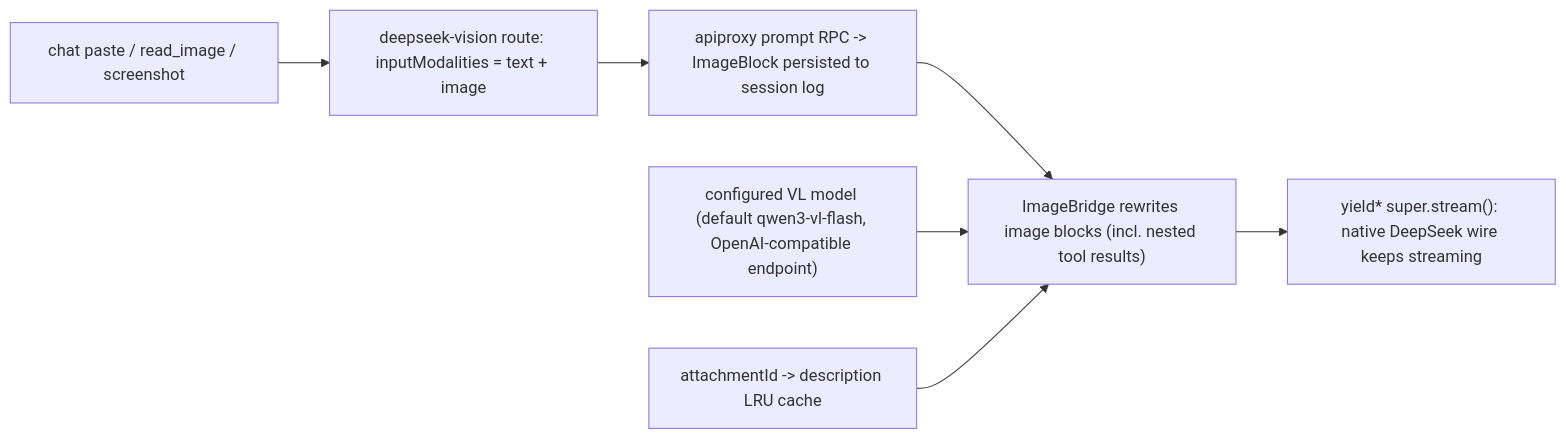
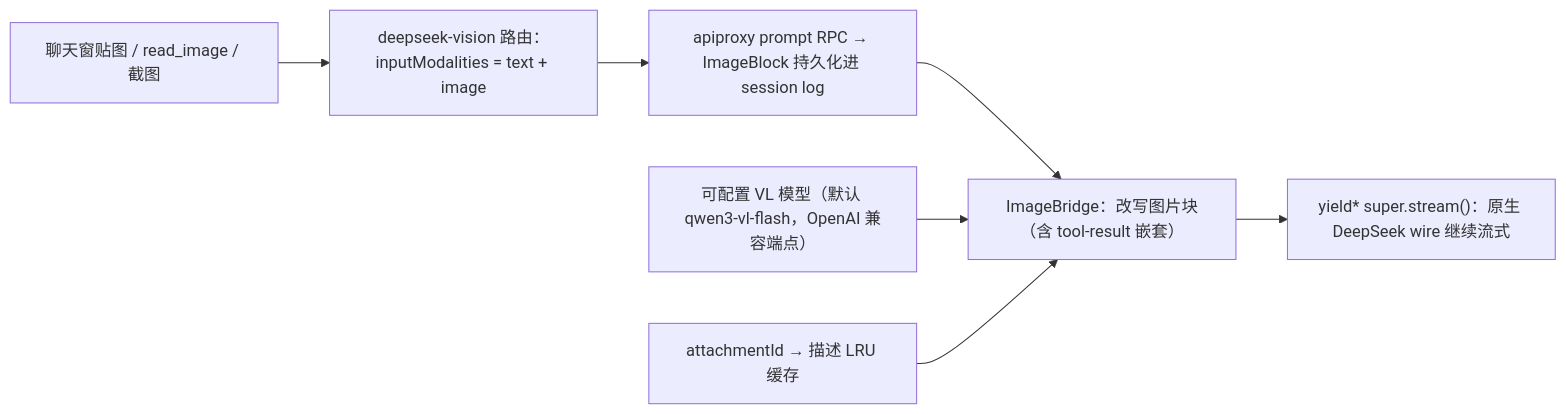
Before and after one commit to siegfly/dsh-deepseek-vision: the diagram in README.md, drawn with Mermaid. The commit also changed other lines of this file and 3 other files, not shown here.

````diff
--- a/README.md
+++ b/README.md
@@ -79,9 +70,9 @@
 ```mermaid
 flowchart LR
-    User["chat paste / read_image / screenshot"] --> Gate["deepseek-vision route: inputModalities = text + image"]
-    Gate --> Persist["apiproxy prompt RPC -> ImageBlock persisted to session log"]
-    Persist --> Bridge["ImageBridge rewrites image blocks (incl. nested tool results)"]
-    VL["configured VL model (default qwen3-vl-flash, OpenAI-compatible endpoint)"] --> Bridge
-    Cache["attachmentId -> description LRU cache"] --> Bridge
-    Bridge --> Stream["yield* super.stream(): native DeepSeek wire keeps streaming"]
+    User["聊天窗贴图 / read_image / 截图"] --> Gate["deepseek-vision 路由：inputModalities = text + image"]
+    Gate --> Persist["apiproxy prompt RPC → ImageBlock 持久化进 session log"]
+    Persist --> Bridge["ImageBridge：改写图片块（含 tool-result 嵌套）"]
+    VL["可配置 VL 模型（默认 qwen3-vl-flash，OpenAI 兼容端点）"] --> Bridge
+    Cache["attachmentId → 描述 LRU 缓存"] --> Bridge
+    Bridge --> Stream["yield* super.stream()：原生 DeepSeek wire 继续流式"]
 ```
````
